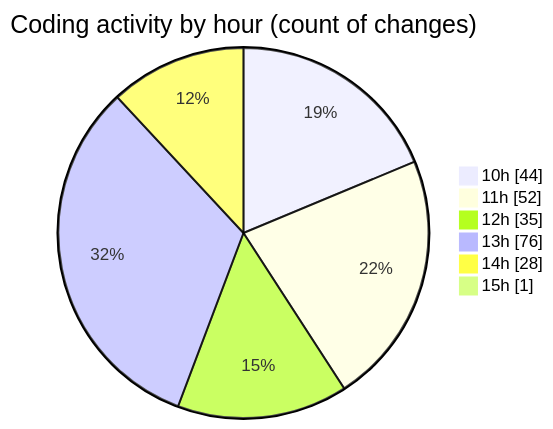
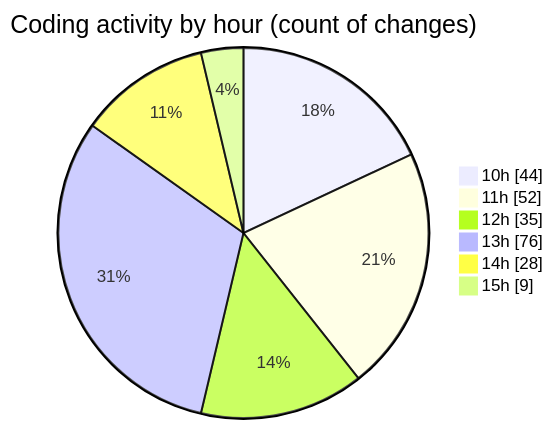
One commit to momahboobian/code-tracking changed the second of 2 diagrams in 2025-08-28/cda/README.md. Above: the diagram before and after it, drawn with Mermaid. The commit also changed other lines of this file and 1 other file, not shown here.

````diff
--- a/2025-08-28/cda/README.md
+++ b/2025-08-28/cda/README.md
@@ -37,10 +38,10 @@
 ```mermaid
 pie showData
 title Coding activity by hour (count of changes)
 "10h" : 44
 "11h" : 52
 "12h" : 35
 "13h" : 76
 "14h" : 28
-"15h" : 1
+"15h" : 9
 ```
````
